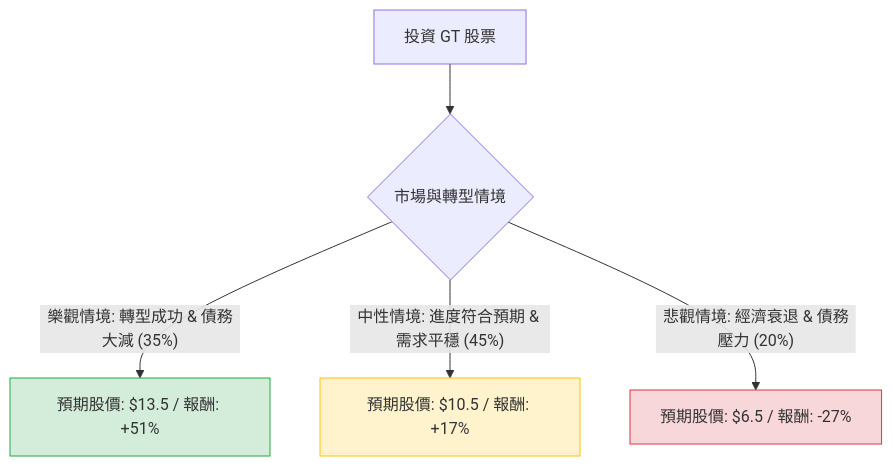
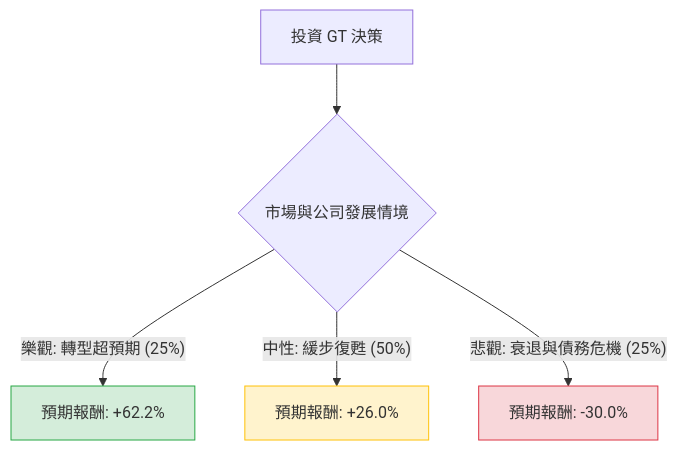
Before and after one commit to zmcx16/zmcx16.github.io: the diagram in plugin-react/ai-analysis/ev-analysis/GT.md, drawn with Mermaid. The commit also changed other lines of this file and 80 other files, not shown here.

````diff
--- a/plugin-react/ai-analysis/ev-analysis/GT.md
+++ b/plugin-react/ai-analysis/ev-analysis/GT.md
@@ -17,12 +17,12 @@
 ```mermaid
 graph TD
-    A[投資 GT 股票] --> B{市場與轉型情境}
+    A[投資 GT 決策] --> B{市場與公司發展情境}
     
-    B -- 樂觀情境: 轉型成功 & 債務大減 (35%) --> C[預期股價: $13.5 / 報酬: +51%]
-    B -- 中性情境: 進度符合預期 & 需求平穩 (45%) --> D[預期股價: $10.5 / 報酬: +17%]
-    B -- 悲觀情境: 經濟衰退 & 債務壓力 (20%) --> E[預期股價: $6.5 / 報酬: -27%]
+    B -- 樂觀: 轉型超預期 (25%) --> C[預期報酬: +62.2%]
+    B -- 中性: 緩步復甦 (50%) --> D[預期報酬: +26.0%]
+    B -- 悲觀: 衰退與債務危機 (25%) --> E[預期報酬: -30.0%]
 
     style C fill:#d4edda,stroke:#28a745
     style D fill:#fff3cd,stroke:#ffc107
     style E fill:#f8d7da,stroke:#dc3545
 ```
````
